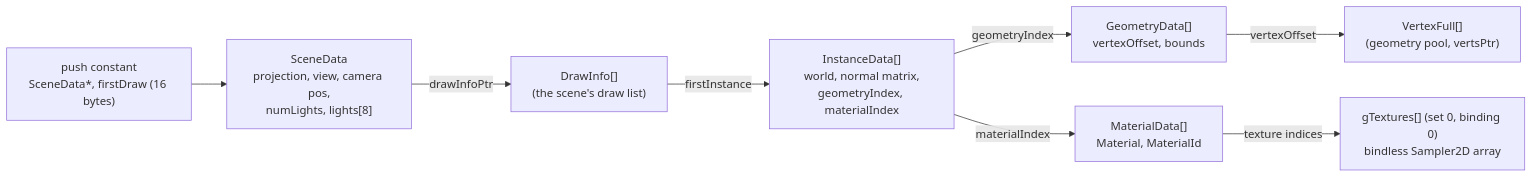
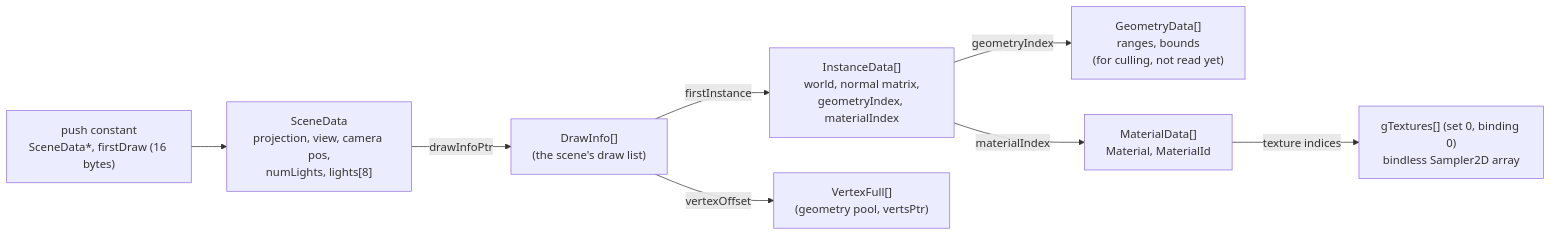
The third of 3 diagrams in docs/architecture.md (adel-elmala/rasm), drawn with Mermaid before and after one commit. The commit also changed other lines of this file and 10 other files, not shown here.

````diff
--- a/docs/architecture.md
+++ b/docs/architecture.md
@@ -157,10 +159,10 @@
 ```mermaid
 flowchart LR
     PC["push constant<br/>SceneData*, firstDraw (16 bytes)"] --> SD["SceneData<br/>projection, view, camera pos,<br/>numLights, lights[8]"]
     SD -- drawInfoPtr --> DI["DrawInfo[]<br/>(the scene's draw list)"]
     DI -- firstInstance --> ID["InstanceData[]<br/>world, normal matrix,<br/>geometryIndex, materialIndex"]
-    ID -- geometryIndex --> GD["GeometryData[]<br/>vertexOffset, bounds"]
-    GD -- vertexOffset --> V["VertexFull[]<br/>(geometry pool, vertsPtr)"]
+    DI -- vertexOffset --> V["VertexFull[]<br/>(geometry pool, vertsPtr)"]
+    ID -- geometryIndex --> GD["GeometryData[]<br/>ranges, bounds<br/>(for culling, not read yet)"]
     ID -- materialIndex --> MD["MaterialData[]<br/>Material, MaterialId"]
     MD -- texture indices --> T["gTextures[] (set 0, binding 0)<br/>bindless Sampler2D array"]
 ```
````
